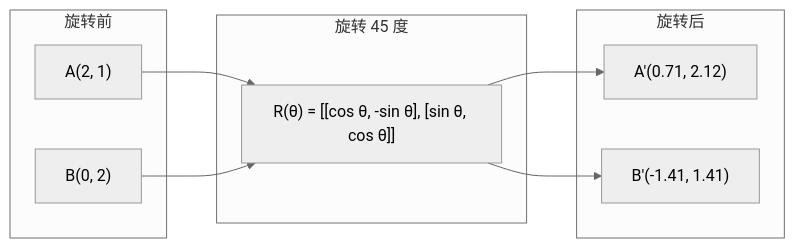
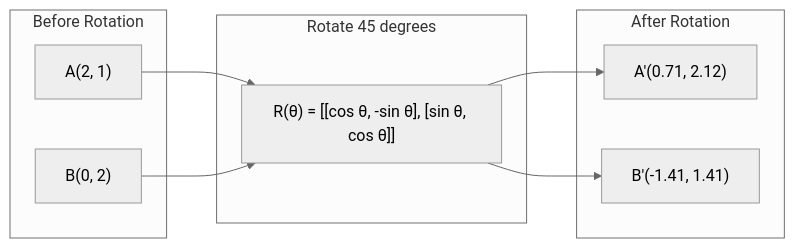
The second of 7 diagrams in phases/01-math-foundations/03-matrix-transformations/docs/zh.md (omigaZen/ai-engineering-from-scratch), drawn with Mermaid (neutral theme) before and after one commit. The commit also changed other lines of this file and 32 other files, not shown here.

````diff
--- a/phases/01-math-foundations/03-matrix-transformations/docs/zh.md
+++ b/phases/01-math-foundations/03-matrix-transformations/docs/zh.md
@@ -50,16 +50,16 @@
 ```mermaid
 graph LR
-    subgraph Before["旋转前"]
+    subgraph Before["Before Rotation"]
         A["A(2, 1)"]
         B["B(0, 2)"]
     end
-    subgraph Rot["旋转 45 度"]
+    subgraph Rot["Rotate 45 degrees"]
         R["R(θ) = [[cos θ, -sin θ], [sin θ, cos θ]]"]
     end
-    subgraph After["旋转后"]
+    subgraph After["After Rotation"]
         Ap["A'(0.71, 2.12)"]
         Bp["B'(-1.41, 1.41)"]
     end
     A --> R --> Ap
     B --> R --> Bp
 ```
````
